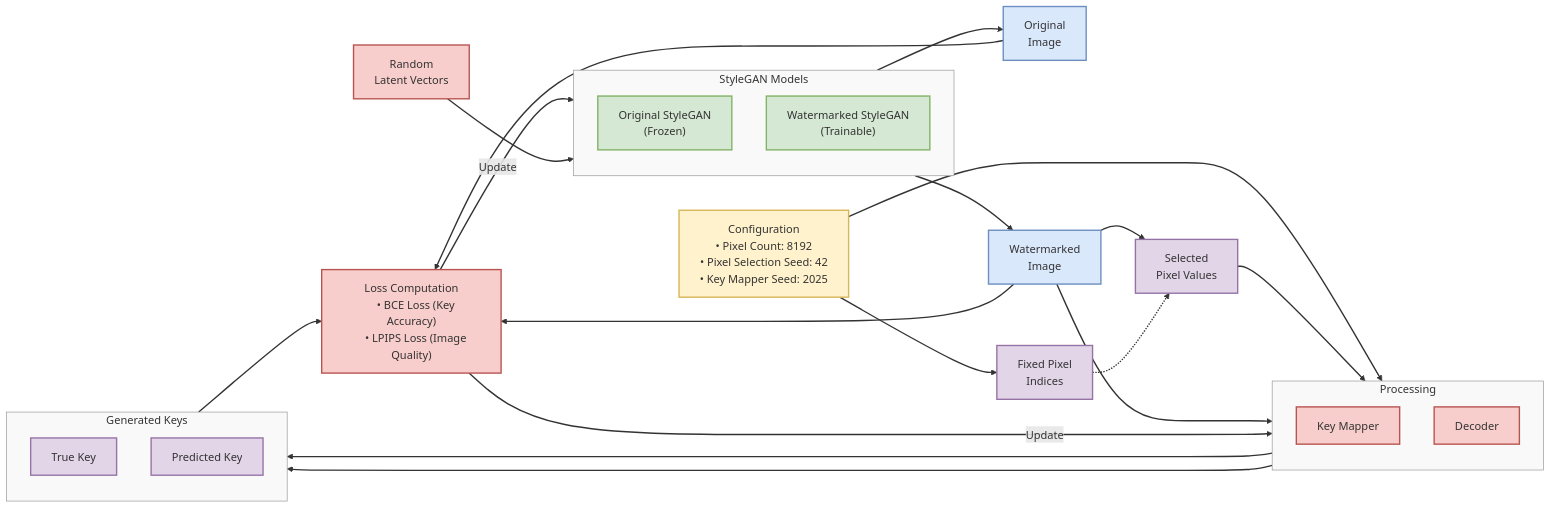
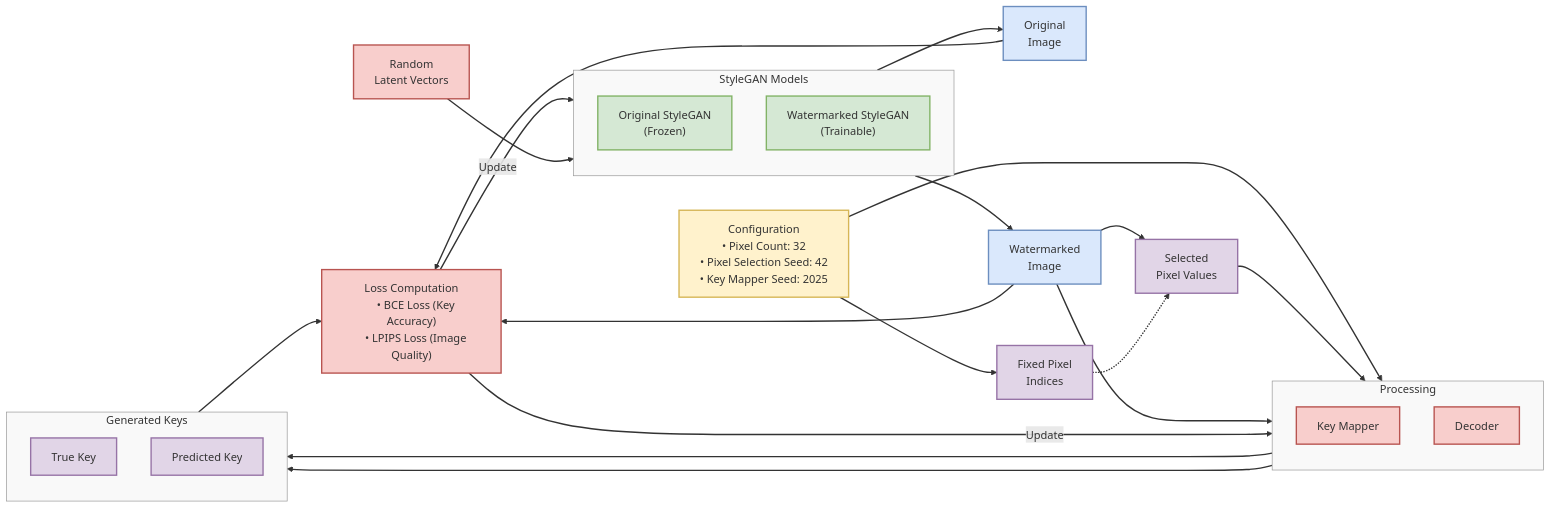
One commit to kaikaiyao/authprint changed the diagram in diagrams/image_pixel_pipeline.md. Above: the diagram before and after it, drawn with Mermaid. The commit also changed other lines of this file and 11 other files, not shown here.

```diff
--- a/diagrams/image_pixel_pipeline.md
+++ b/diagrams/image_pixel_pipeline.md
@@ -26,7 +26,7 @@
     
     %% Configuration elements - positioned to avoid crossings
     Config["Configuration
-    • Pixel Count: 8192
+    • Pixel Count: 32
     • Pixel Selection Seed: 42
     • Key Mapper Seed: 2025"]
     
```
